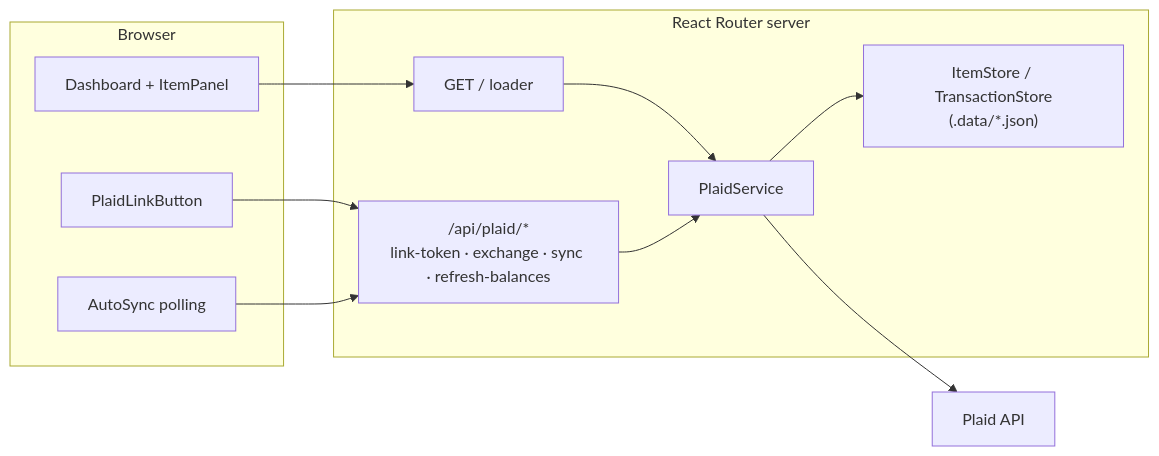
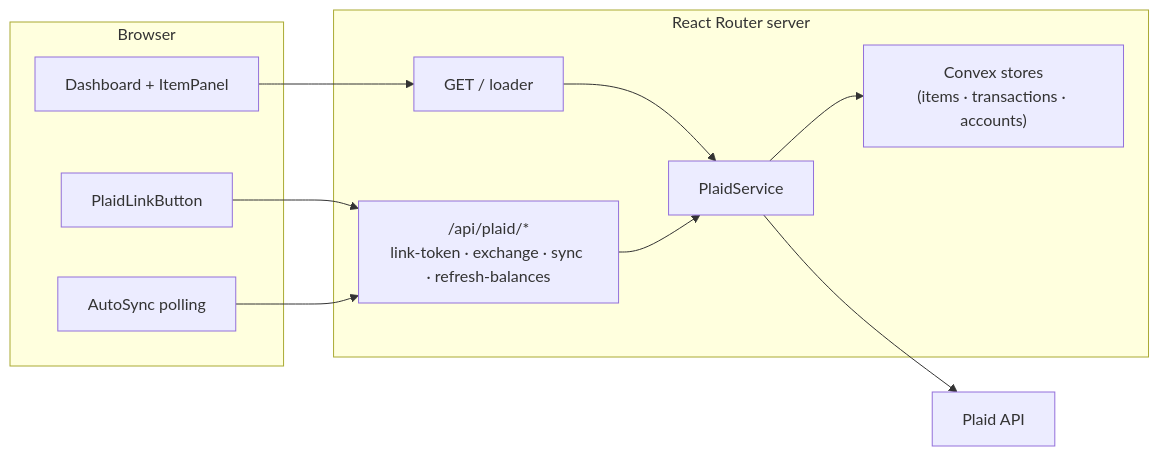
Before and after one commit to josemlrod/finanz: the diagram in README.md, drawn with Mermaid. The commit also changed other lines of this file and 6 other files, not shown here.

````diff
--- a/README.md
+++ b/README.md
@@ -19,25 +19,25 @@
 ```mermaid
 flowchart LR
     subgraph Browser
         LB[PlaidLinkButton]
         DP[Dashboard + ItemPanel]
         AS[AutoSync polling]
     end
 
     subgraph Server["React Router server"]
         HL["GET / loader"]
         API["/api/plaid/*<br>link-token · exchange · sync · refresh-balances"]
         SVC[PlaidService]
-        ST["ItemStore / TransactionStore<br>(.data/*.json)"]
+        ST["Convex stores<br>(items · transactions · accounts)"]
     end
 
     PL[Plaid API]
 
     LB --> API
     AS --> API
     DP --> HL
     HL --> SVC
     API --> SVC
     SVC --> PL
     SVC --> ST
 ```
````
